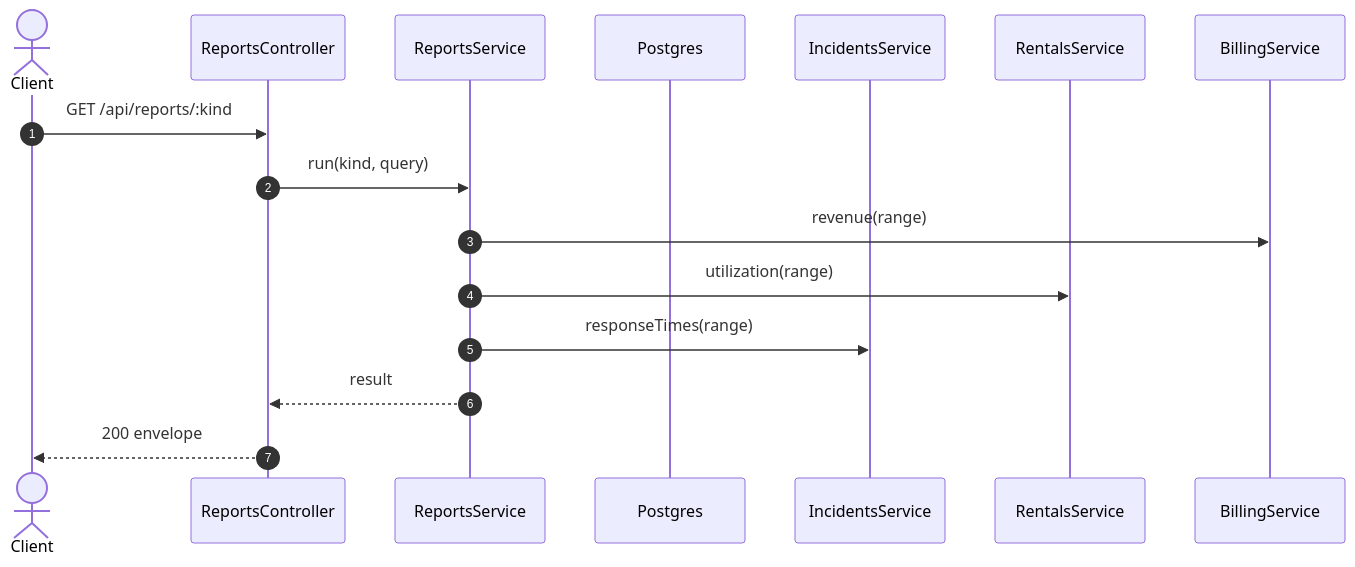
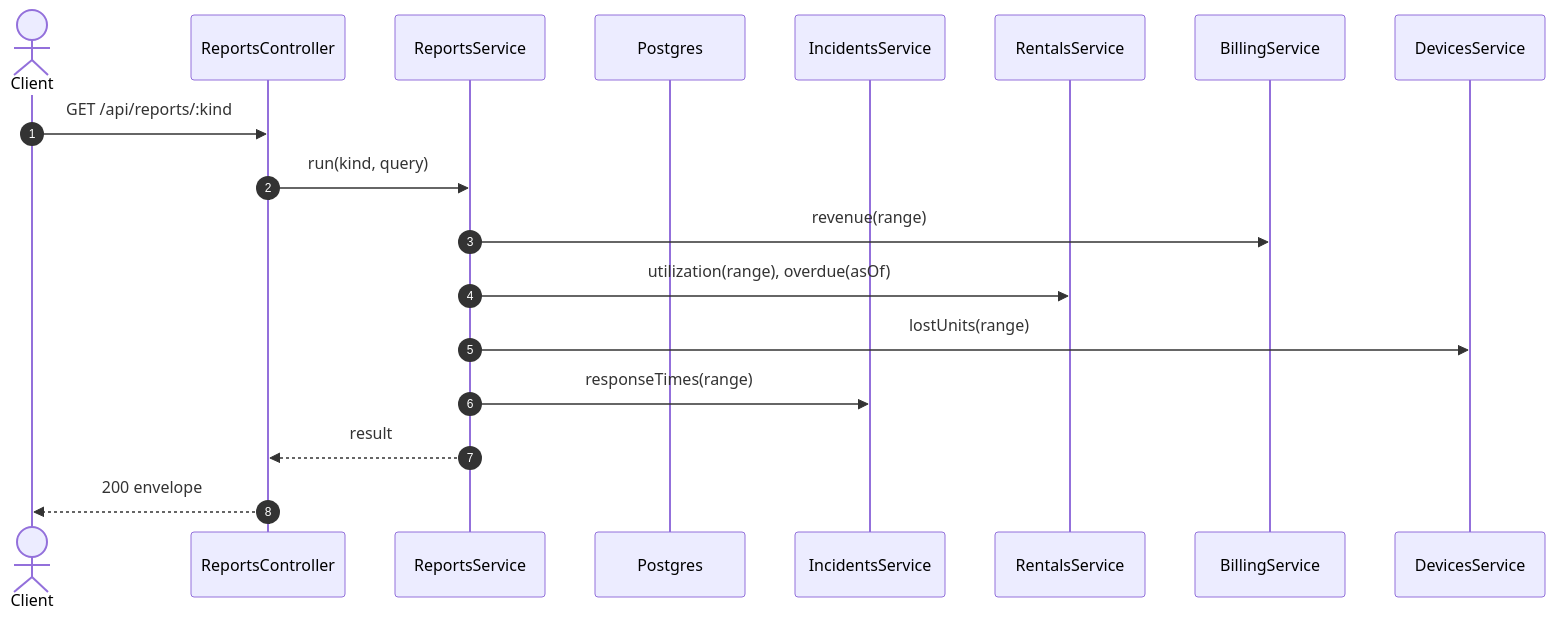
Before and after one commit to TrekLink-Team/treklink-web: the second of 2 diagrams in specs/monitoring/api-design/08-get-reports-kind.md, drawn with Mermaid. The commit also changed other lines of this file and 26 other files, not shown here.

````diff
--- a/specs/monitoring/api-design/08-get-reports-kind.md
+++ b/specs/monitoring/api-design/08-get-reports-kind.md
@@ -144,18 +145,20 @@
 ```mermaid
 sequenceDiagram
     autonumber
     actor C as Client
     participant Ctl as ReportsController
     participant Svc as ReportsService
     participant DB as Postgres
     participant Inc as IncidentsService
     participant Rent as RentalsService
     participant Bill as BillingService
+    participant Dev as DevicesService
     C->>Ctl: GET /api/reports/:kind
     Ctl->>Svc: run(kind, query)
     Svc->>Bill: revenue(range)
-    Svc->>Rent: utilization(range)
+    Svc->>Rent: utilization(range), overdue(asOf)
+    Svc->>Dev: lostUnits(range)
     Svc->>Inc: responseTimes(range)
     Svc-->>Ctl: result
     Ctl-->>C: 200 envelope
 ```
````
